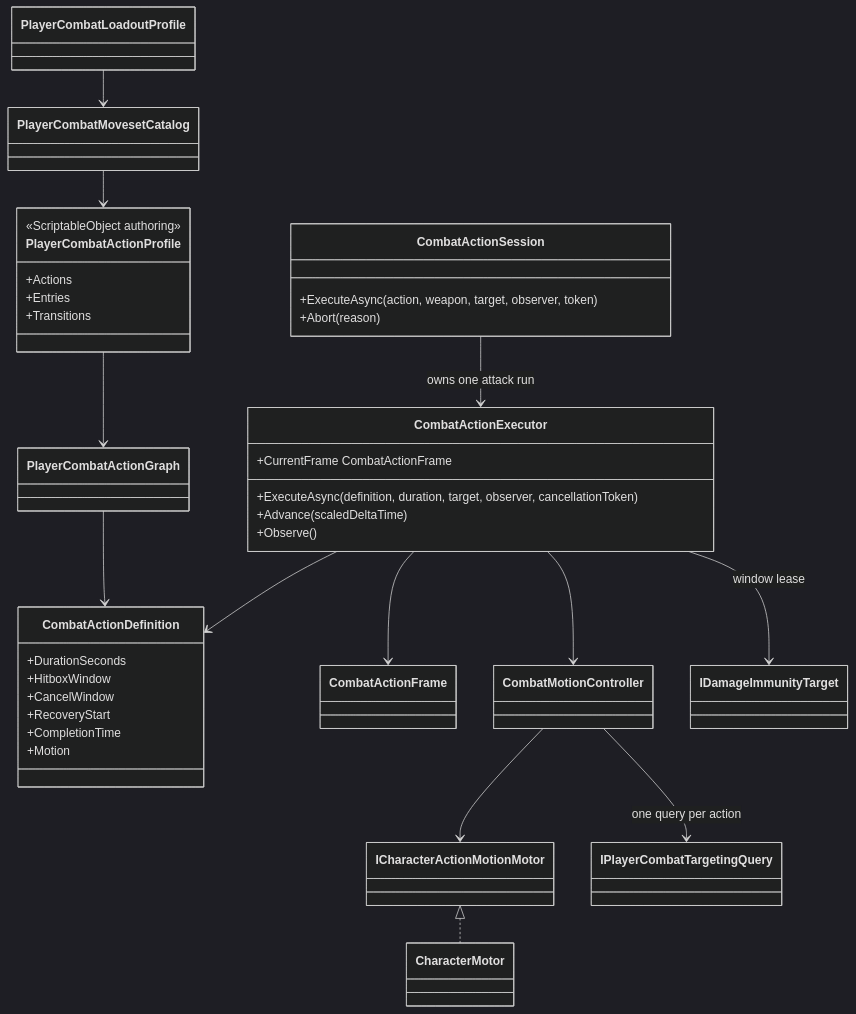
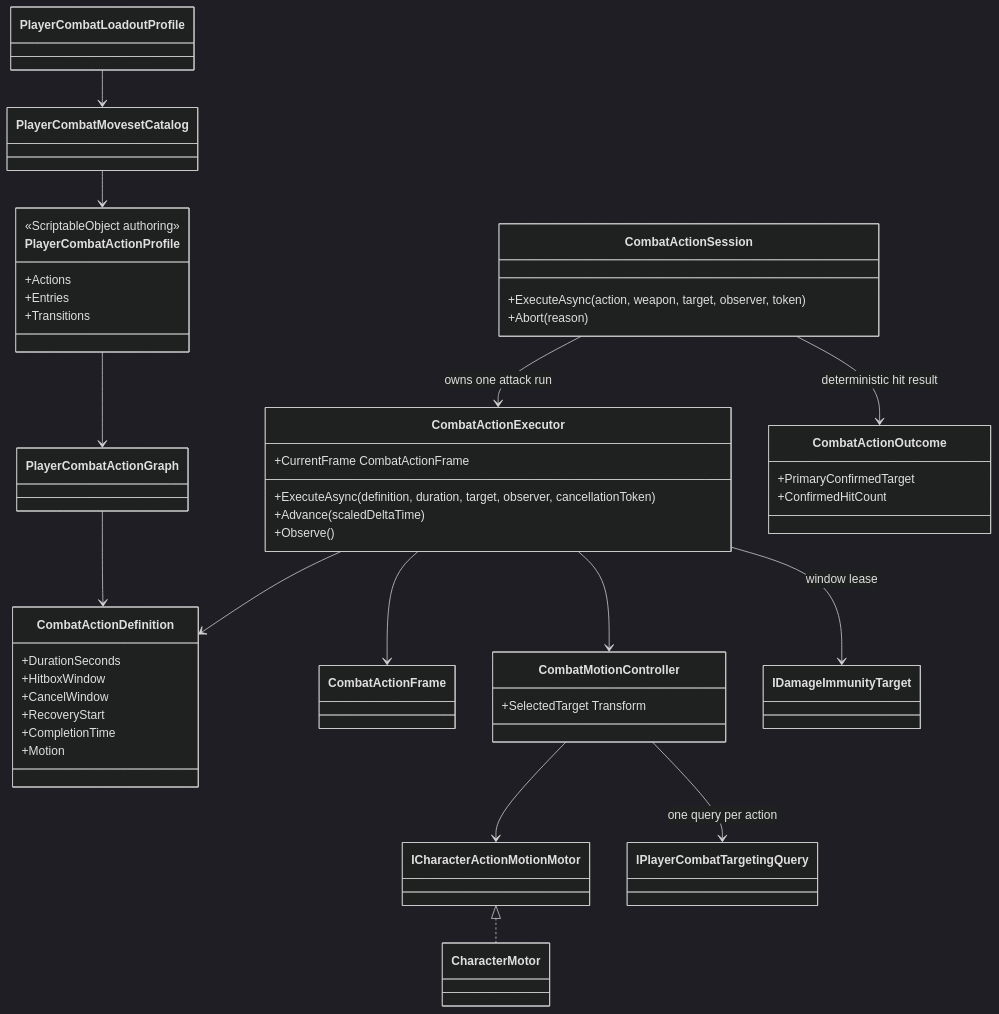
One commit to MaximFonariuc/project-s changed the diagram in Assets/_App/Core/Runtime/Combat/Actions/README.md. Above: the diagram before and after it, drawn with Mermaid (dark theme). The commit also changed other lines of this file and 6 other files, not shown here.

Commit message:
fix(combat): select confirmed motion target deterministically

````diff
--- a/Assets/_App/Core/Runtime/Combat/Actions/README.md
+++ b/Assets/_App/Core/Runtime/Combat/Actions/README.md
@@ -5,49 +5,56 @@
 ```mermaid
 classDiagram
     class PlayerCombatActionProfile {
         <<ScriptableObject authoring>>
         +Actions
         +Entries
         +Transitions
     }
     class PlayerCombatLoadoutProfile
     class PlayerCombatMovesetCatalog
     class PlayerCombatActionGraph
     class CombatActionDefinition {
         +DurationSeconds
         +HitboxWindow
         +CancelWindow
         +RecoveryStart
         +CompletionTime
         +Motion
     }
     class CombatActionExecutor {
         +ExecuteAsync(definition, duration, target, observer, cancellationToken)
         +Advance(scaledDeltaTime)
         +Observe()
         +CurrentFrame CombatActionFrame
     }
     class CombatActionSession {
         +ExecuteAsync(action, weapon, target, observer, token)
         +Abort(reason)
     }
+    class CombatActionOutcome {
+        +PrimaryConfirmedTarget
+        +ConfirmedHitCount
+    }
     class CombatActionFrame
-    class CombatMotionController
+    class CombatMotionController {
+        +SelectedTarget Transform
+    }
     class IDamageImmunityTarget
     class ICharacterActionMotionMotor
     class IPlayerCombatTargetingQuery
     class CharacterMotor
 
     PlayerCombatLoadoutProfile --> PlayerCombatMovesetCatalog
     PlayerCombatMovesetCatalog --> PlayerCombatActionProfile
     PlayerCombatActionProfile --> PlayerCombatActionGraph
     PlayerCombatActionGraph --> CombatActionDefinition
     CombatActionExecutor --> CombatActionDefinition
     CombatActionExecutor --> CombatActionFrame
     CombatActionExecutor --> CombatMotionController
     CombatActionExecutor --> IDamageImmunityTarget : window lease
     CombatActionSession --> CombatActionExecutor : owns one attack run
+    CombatActionSession --> CombatActionOutcome : deterministic hit result
     CombatMotionController --> ICharacterActionMotionMotor
     CombatMotionController --> IPlayerCombatTargetingQuery : one query per action
     ICharacterActionMotionMotor <|.. CharacterMotor
 ```
````
